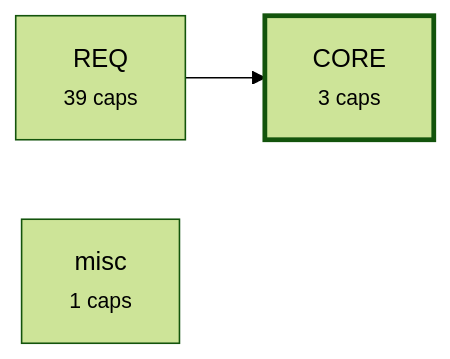
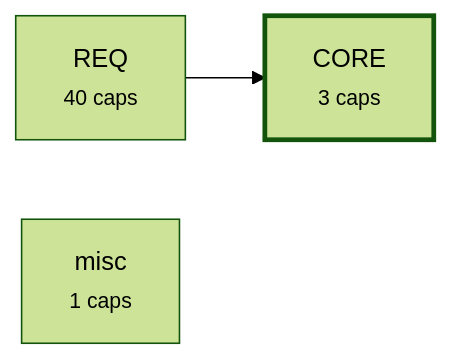
Before and after one commit to alxmax/Requirement-manager: the third of 4 diagrams in plugin/requirements/_map.md, drawn with Mermaid (forest theme). The commit also changed other lines of this file and 17 other files, not shown here.

````diff
--- a/plugin/requirements/_map.md
+++ b/plugin/requirements/_map.md
@@ -324,8 +332,8 @@
 ```mermaid
 graph LR
   a_CORE["CORE<br><small>3 caps</small>"]
-  a_REQ["REQ<br><small>39 caps</small>"]
+  a_REQ["REQ<br><small>40 caps</small>"]
   a_misc["misc<br><small>1 caps</small>"]
   a_REQ --> a_CORE
   style a_CORE stroke-width:3px
 ```
````
